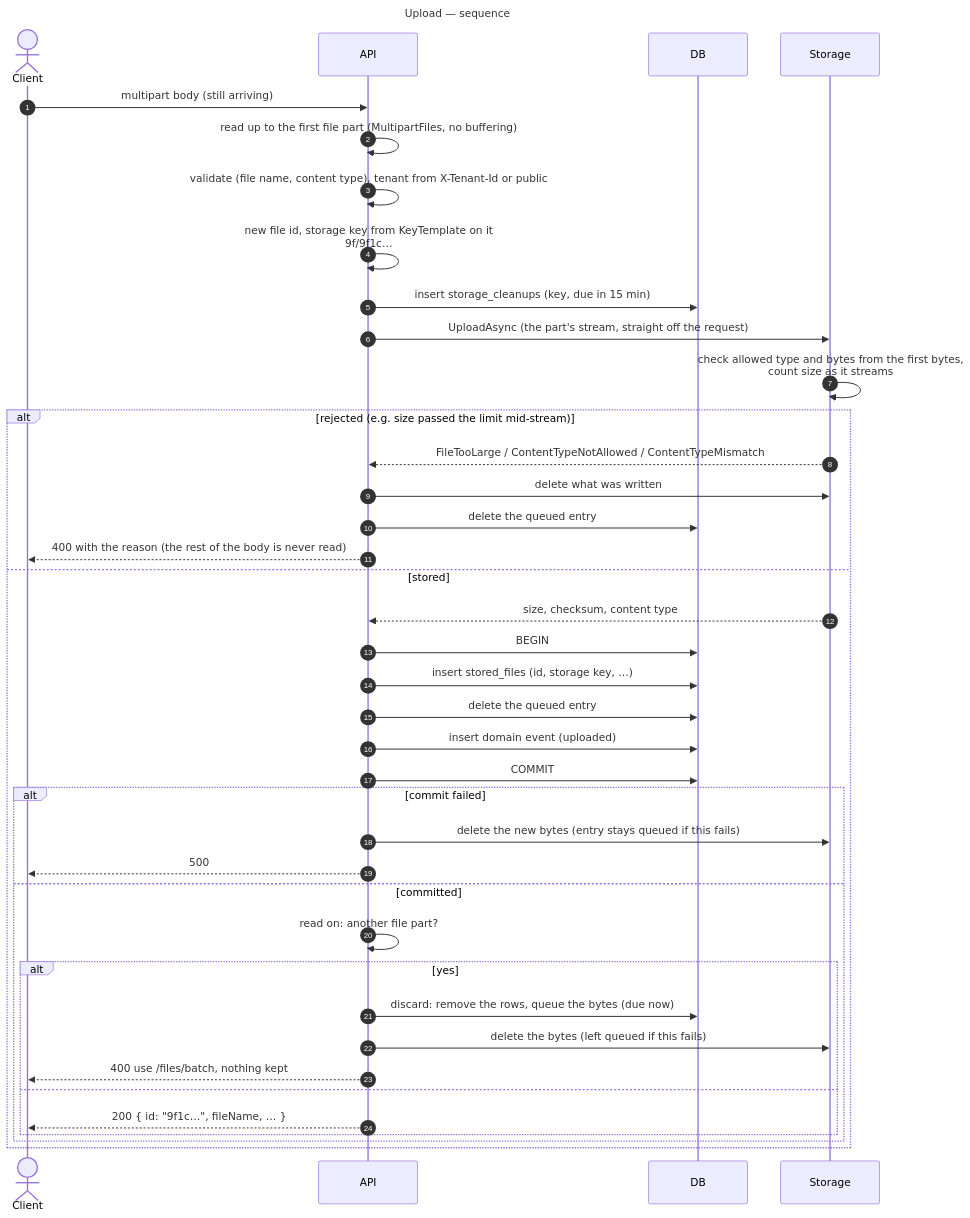
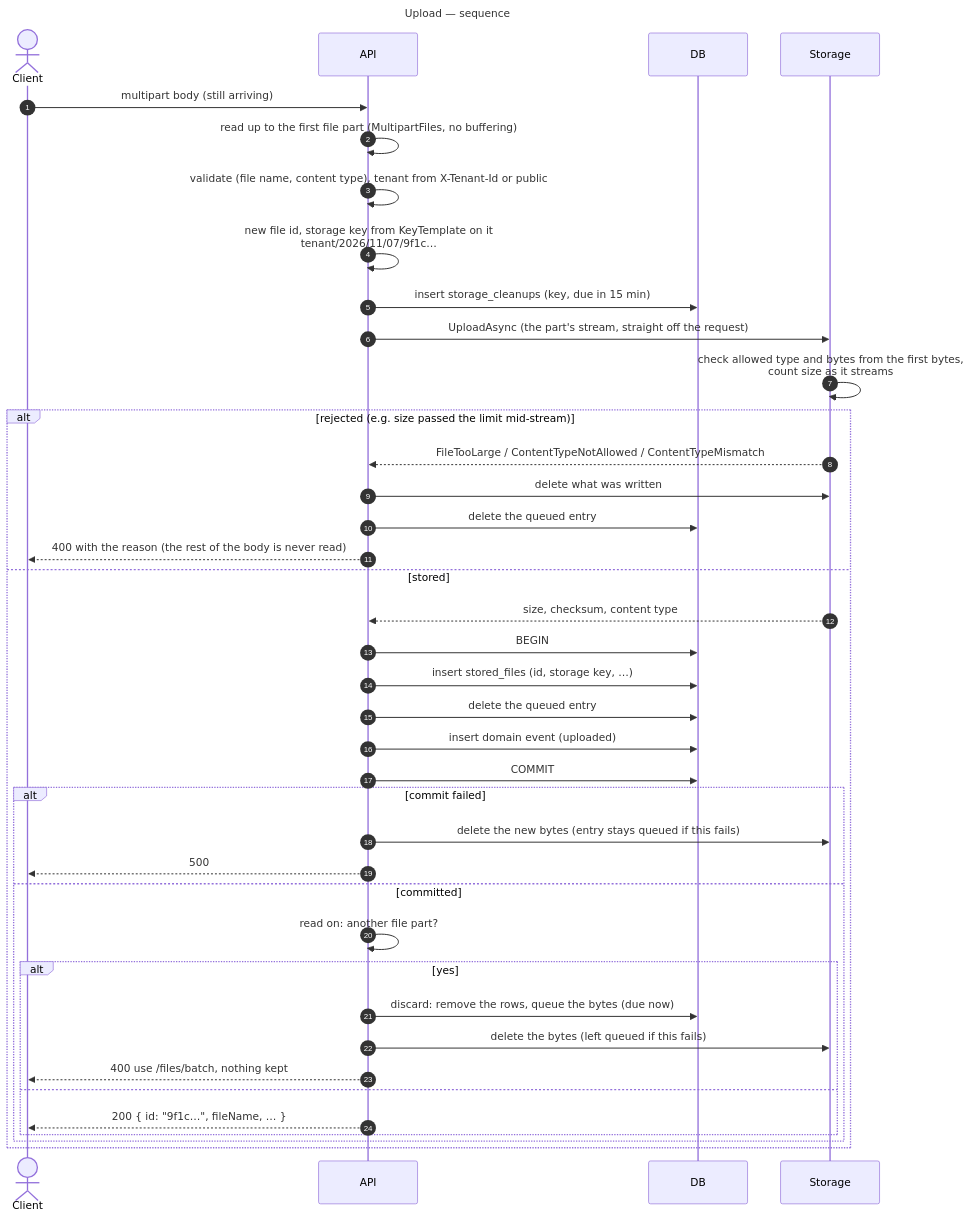
One commit to gmetskhvarishvili/GM.FileStorage.Samples changed the third of 16 diagrams in docs/sequence-diagrams.md. Above: the diagram before and after it, drawn with Mermaid. The commit also changed 9 other files, not shown here.

````diff
--- a/docs/sequence-diagrams.md
+++ b/docs/sequence-diagrams.md
@@ -93,45 +93,45 @@
 ```mermaid
 ---
 title: Upload — sequence
 ---
 sequenceDiagram
     autonumber
     actor C as Client
     participant API
     participant DB
     participant S as Storage
 
     C->>API: multipart body (still arriving)
     API->>API: read up to the first file part (MultipartFiles, no buffering)
     API->>API: validate (file name, content type), tenant from X-Tenant-Id or public
-    API->>API: new file id, storage key from KeyTemplate on it<br/>9f/9f1c…
+    API->>API: new file id, storage key from KeyTemplate on it<br/>tenant/2026/11/07/9f1c…
     API->>DB: insert storage_cleanups (key, due in 15 min)
     API->>S: UploadAsync (the part's stream, straight off the request)
     S->>S: check allowed type and bytes from the first bytes,<br/>count size as it streams
     alt rejected (e.g. size passed the limit mid-stream)
         S-->>API: FileTooLarge / ContentTypeNotAllowed / ContentTypeMismatch
         API->>S: delete what was written
         API->>DB: delete the queued entry
         API-->>C: 400 with the reason (the rest of the body is never read)
     else stored
         S-->>API: size, checksum, content type
         API->>DB: BEGIN
         API->>DB: insert stored_files (id, storage key, …)
         API->>DB: delete the queued entry
         API->>DB: insert domain event (uploaded)
         API->>DB: COMMIT
         alt commit failed
             API->>S: delete the new bytes (entry stays queued if this fails)
             API-->>C: 500
         else committed
             API->>API: read on: another file part?
             alt yes
                 API->>DB: discard: remove the rows, queue the bytes (due now)
                 API->>S: delete the bytes (left queued if this fails)
                 API-->>C: 400 use /files/batch, nothing kept
             else
                 API-->>C: 200 { id: "9f1c…", fileName, … }
             end
         end
     end
 ```
````
